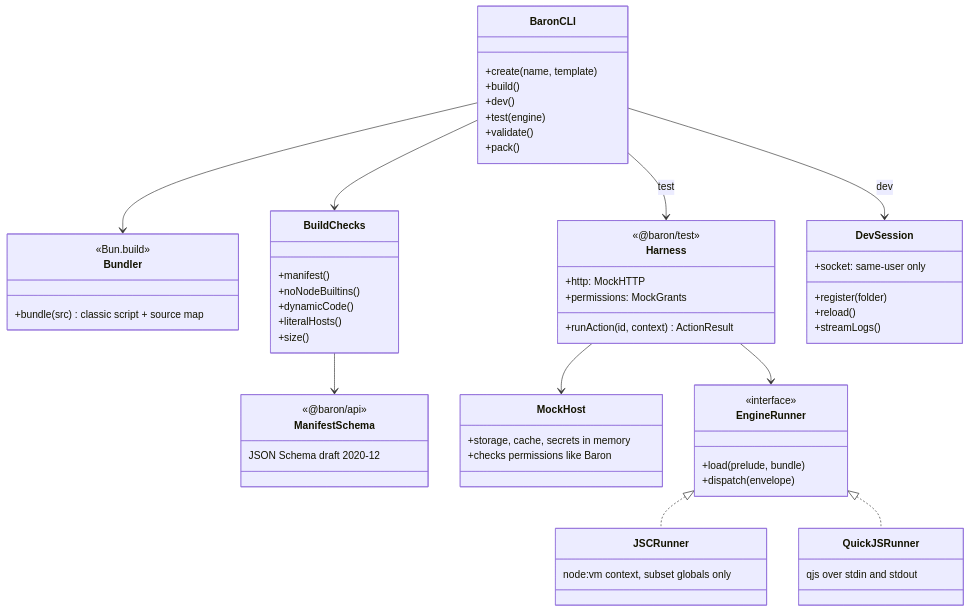
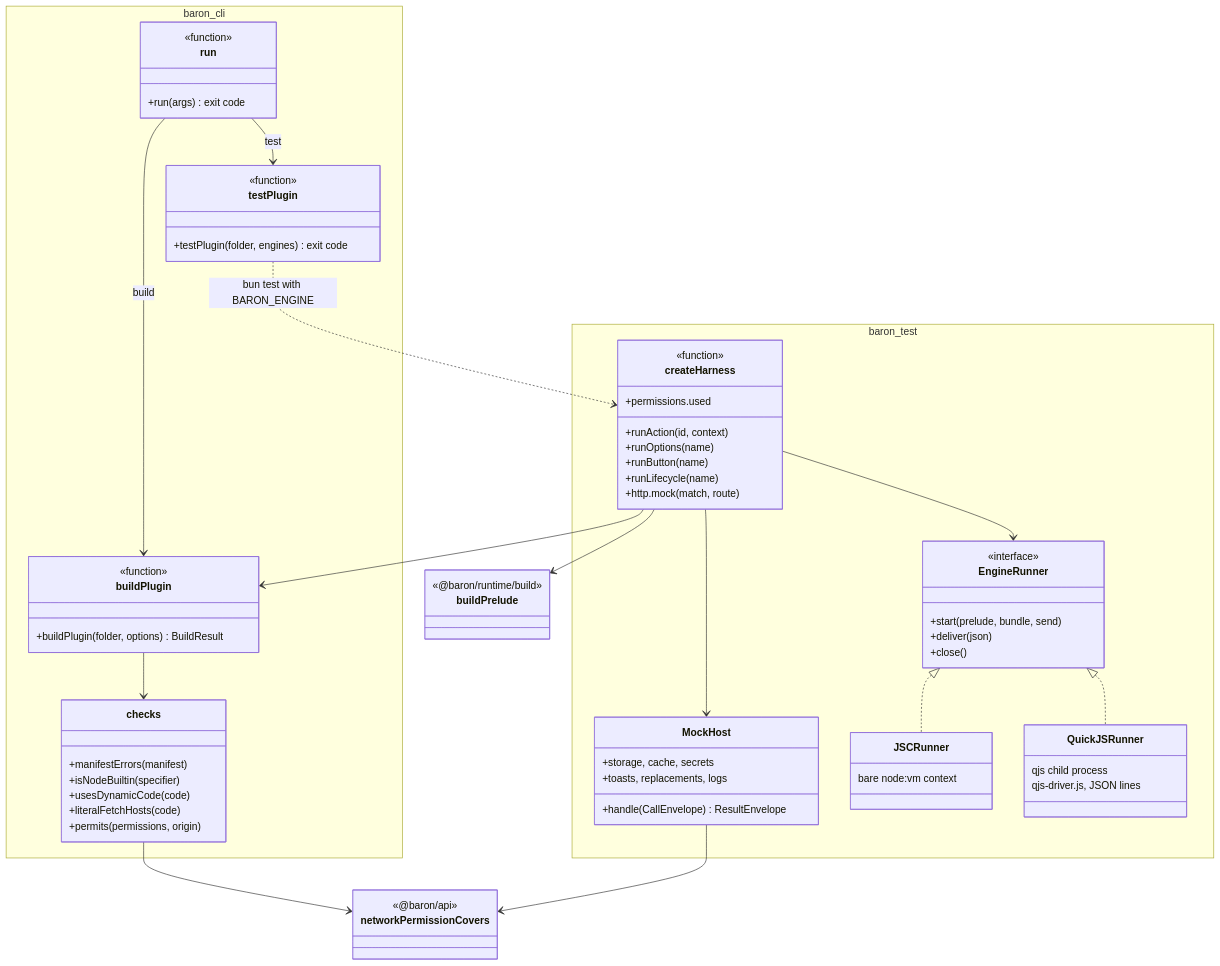
Before and after one commit to mx-in/ODH: the first of 2 diagrams in docs/design/plugin-platform/09-developer-tooling.md, drawn with Mermaid. The commit also changed other lines of this file and 4 other files, not shown here.

First line of the commit message:
docs(design): draw the runtime, host API and tooling as built in task-005

````diff
--- a/docs/design/plugin-platform/09-developer-tooling.md
+++ b/docs/design/plugin-platform/09-developer-tooling.md
@@ -81,62 +82,71 @@
 ```mermaid
 classDiagram
-  class BaronCLI {
-    +create(name, template)
-    +build()
-    +dev()
-    +test(engine)
-    +validate()
-    +pack()
+  namespace baron_cli {
+    class run {
+      <<function>>
+      +run(args) exit code
+    }
+    class buildPlugin {
+      <<function>>
+      +buildPlugin(folder, options) BuildResult
+    }
+    class checks {
+      +manifestErrors(manifest)
+      +isNodeBuiltin(specifier)
+      +usesDynamicCode(code)
+      +literalFetchHosts(code)
+      +permits(permissions, origin)
+    }
+    class testPlugin {
+      <<function>>
+      +testPlugin(folder, engines) exit code
+    }
   }
-  class Bundler {
-    <<Bun.build>>
-    +bundle(src) classic script + source map
+  namespace baron_test {
+    class createHarness {
+      <<function>>
+      +runAction(id, context)
+      +runOptions(name)
+      +runButton(name)
+      +runLifecycle(name)
+      +http.mock(match, route)
+      +permissions.used
+    }
+    class MockHost {
+      +handle(CallEnvelope) ResultEnvelope
+      +storage, cache, secrets
+      +toasts, replacements, logs
+    }
+    class EngineRunner {
+      <<interface>>
+      +start(prelude, bundle, send)
+      +deliver(json)
+      +close()
+    }
+    class JSCRunner {
+      bare node:vm context
+    }
+    class QuickJSRunner {
+      qjs child process
+      qjs-driver.js, JSON lines
+    }
   }
-  class BuildChecks {
-    +manifest()
-    +noNodeBuiltins()
-    +dynamicCode()
-    +literalHosts()
-    +size()
+  class buildPrelude {
+    <<@baron/runtime/build>>
   }
-  class ManifestSchema {
+  class networkPermissionCovers {
     <<@baron/api>>
-    JSON Schema draft 2020-12
   }
-  class Harness {
-    <<@baron/test>>
-    +http: MockHTTP
-    +permissions: MockGrants
-    +runAction(id, context) ActionResult
-  }
-  class MockHost {
-    +storage, cache, secrets in memory
-    +checks permissions like Baron
-  }
-  class EngineRunner {
-    <<interface>>
-    +load(prelude, bundle)
-    +dispatch(envelope)
-  }
-  class JSCRunner {
-    node:vm context, subset globals only
-  }
-  class QuickJSRunner {
-    qjs over stdin and stdout
-  }
-  class DevSession {
-    +socket: same-user only
-    +register(folder)
-    +reload()
-    +streamLogs()
-  }
-  BaronCLI --> Bundler
-  BaronCLI --> BuildChecks
-  BuildChecks --> ManifestSchema
-  BaronCLI --> Harness : test
-  BaronCLI --> DevSession : dev
-  Harness --> MockHost
-  Harness --> EngineRunner
+  run --> buildPlugin : build
+  run --> testPlugin : test
+  buildPlugin --> checks
+  checks --> networkPermissionCovers
+  testPlugin ..> createHarness : bun test with BARON_ENGINE
+  createHarness --> buildPlugin
+  createHarness --> buildPrelude
+  createHarness --> MockHost
+  createHarness --> EngineRunner
   EngineRunner <|.. JSCRunner
   EngineRunner <|.. QuickJSRunner
+  MockHost --> networkPermissionCovers
 ```
````
